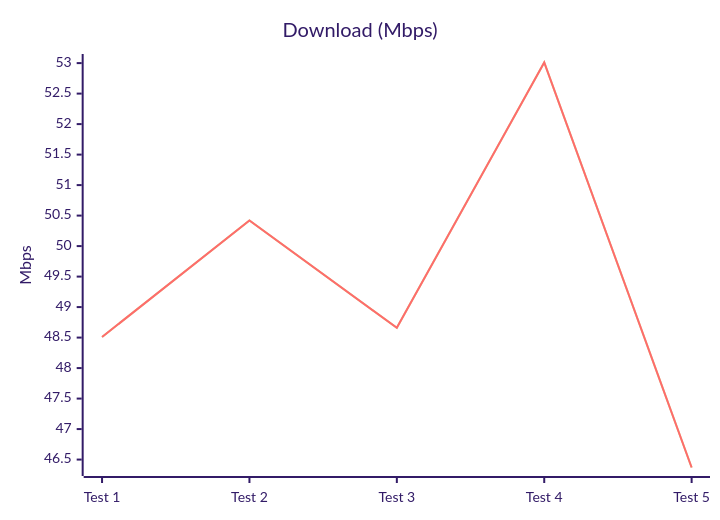
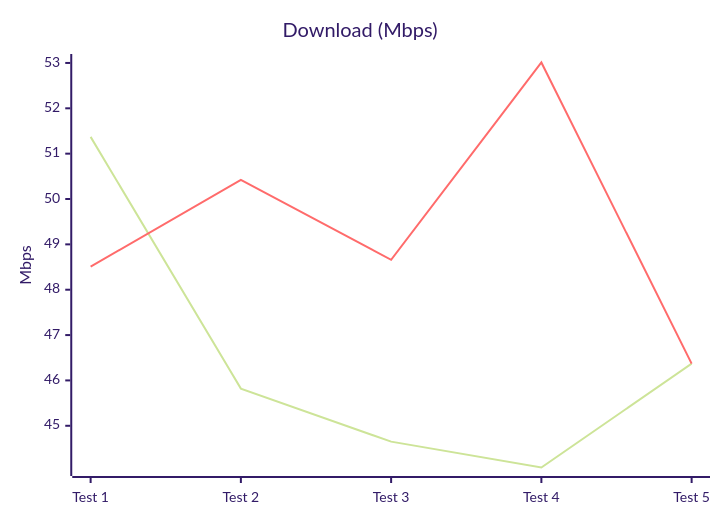
The tenth of 15 diagrams in Docs/testingResults.md (Angeles-HO/kitsunping), drawn with Mermaid (forest theme) before and after one commit. The commit also changed other lines of this file and 3 other files, not shown here.

````diff
--- a/Docs/testingResults.md
+++ b/Docs/testingResults.md
@@ -157,8 +161,8 @@
 ```mermaid
 xychart-beta
 	title "Download (Mbps)"
 	x-axis ["Test 1", "Test 2", "Test 3", "Test 4", "Test 5"]
 	y-axis "Mbps"
-	line "v5.00 - Beta non APK" [48.51, 50.42, 48.66, 53.01, 46.37]
+	line "v5.00 - Beta non APK" [51.37, 45.82, 44.65, 44.08, 46.37]
 	line "v5.00 - Release + APK" [48.51, 50.42, 48.66, 53.01, 46.37]
 ```
````
